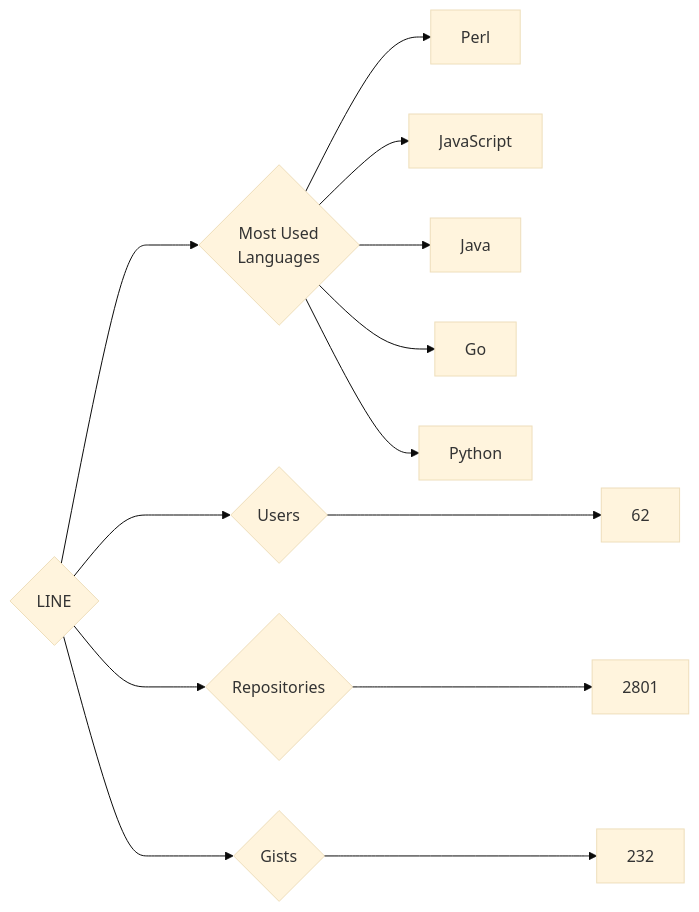
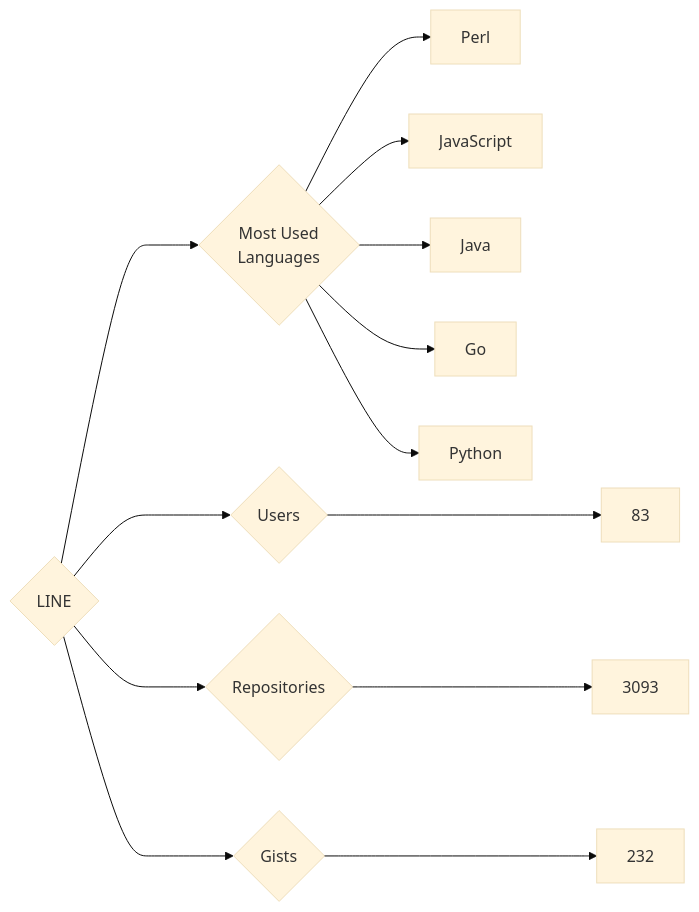
The diagram in targets/LINE/README.md (trickest/insiders), drawn with Mermaid (base theme) before and after one commit. The commit also changed 861 other files, not shown here.

````diff
--- a/targets/LINE/README.md
+++ b/targets/LINE/README.md
@@ -3,13 +3,13 @@
 ```mermaid
 graph LR
 COMPANY_NAME{LINE}
-COMPANY_NAME ---> U{Users} ---> UN[62]
-COMPANY_NAME ---> R{Repositories} ---> RN[2801]
+COMPANY_NAME ---> U{Users} ---> UN[83]
+COMPANY_NAME ---> R{Repositories} ---> RN[3093]
 COMPANY_NAME ---> G{Gists} ---> GN[232]
 COMPANY_NAME ---> ML{Most Used<br>Languages}
 ML --> Perl[Perl]
 ML --> JavaScript[JavaScript]
 ML --> Java[Java]
 ML --> Go[Go]
 ML --> Python[Python]
 ```
````
